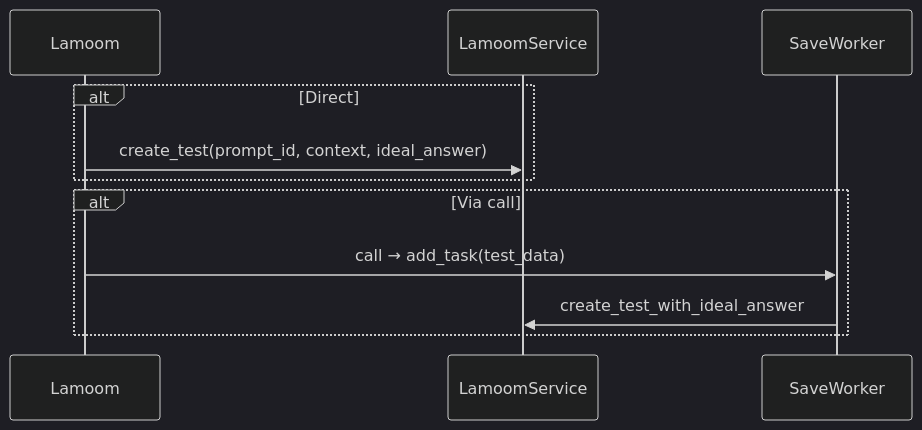
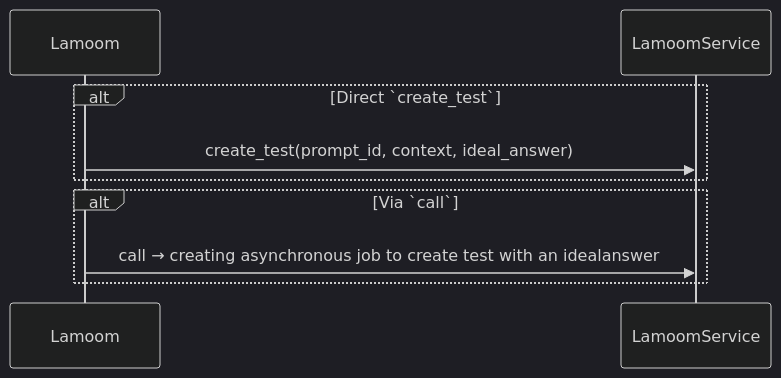
One commit to LamoomAI/lamoom-python changed the second of 4 diagrams in README.md. Above: the diagram before and after it, drawn with Mermaid (dark theme). The commit also changed other lines of this file, not shown here.

Commit message:
Updated markdown w. schema, seq test

````diff
--- a/README.md
+++ b/README.md
@@ -57,10 +57,9 @@
 ```mermaid
 sequenceDiagram
-    alt Direct
+    alt Direct `create_test`
       Lamoom->>LamoomService: create_test(prompt_id, context, ideal_answer)
     end
-    alt Via call
-      Lamoom->>SaveWorker: call → add_task(test_data)
-      SaveWorker->>LamoomService: create_test_with_ideal_answer
+    alt Via `call`
+      Lamoom->>LamoomService: call → creating asynchronous job to create test with an idealanswer
     end
 ```
````
